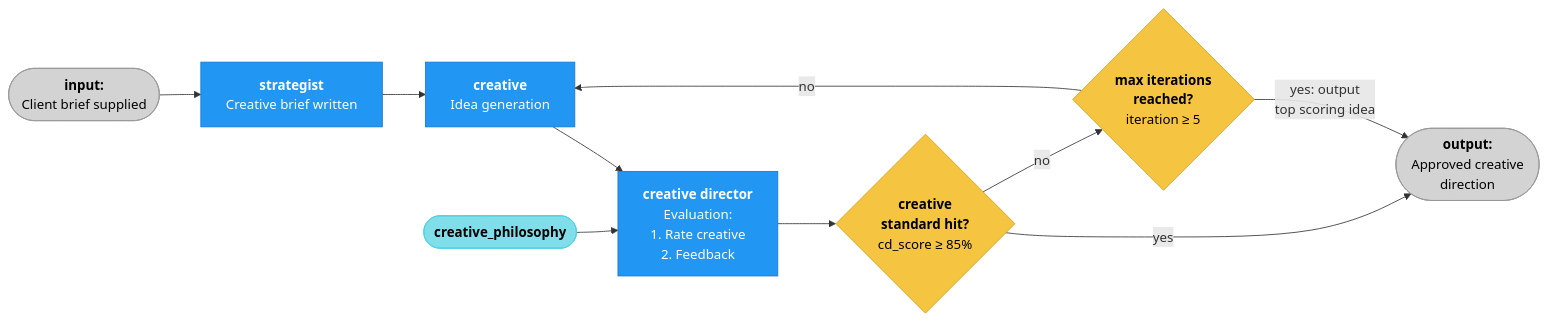
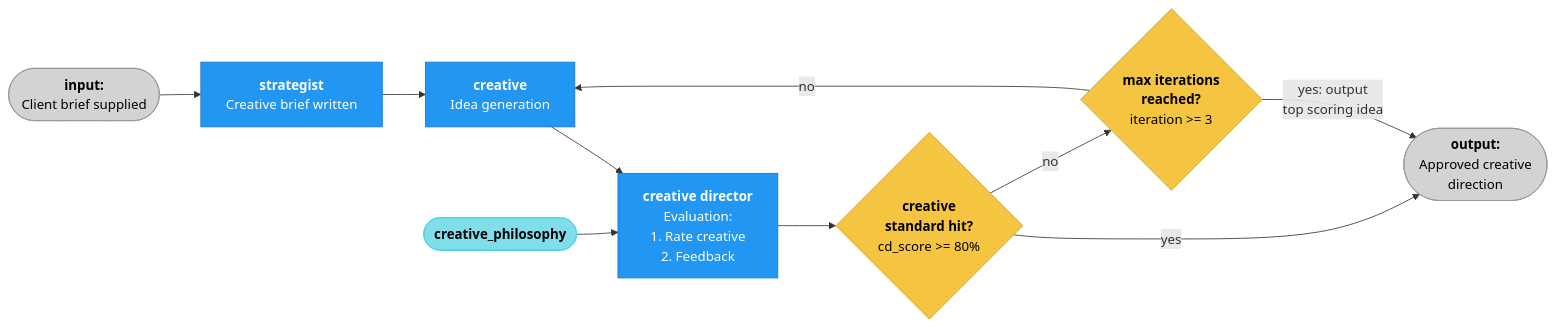
One commit to b3tascape/agt-sea changed the diagram in README.md. Above: the diagram before and after it, drawn with Mermaid. The commit also changed other lines of this file and 31 other files, not shown here.

````diff
--- a/README.md
+++ b/README.md
@@ -19,38 +17,38 @@
 ```mermaid
 graph LR
     A(["`**input:**
     Client brief supplied`"]):::input --> B["`**strategist**
     Creative brief written`"]:::agent
 
     B --> C["`**creative**
     Idea generation`"]:::agent
 
     C --> D["`**creative director**
     Evaluation:
     1. Rate creative
     2. Feedback`"]:::agent
 
     CP(["`**creative_philosophy**`"]):::philosophy --> D
 
     D --> E{"`**creative
     standard hit?**
-    cd_score ≥ 85%`"}:::decision
+    cd_score >= 80%`"}:::decision
 
     E -->|yes| G(["`**output:**
     Approved creative
     direction`"]):::output
 
     E -->|no| F{"`**max iterations
     reached?**
-    iteration ≥ 5`"}:::decision
+    iteration >= 3`"}:::decision
 
     F -->|no| C
     F -->|"`yes: output
     top scoring idea`"| G
 
     classDef input fill:#d3d3d3,color:#000,stroke:#999
     classDef agent fill:#2196F3,color:#fff,stroke:#1976D2
     classDef decision fill:#F5C542,color:#000,stroke:#D4A017
     classDef output fill:#d3d3d3,color:#000,stroke:#999
     classDef philosophy fill:#80deea,color:#000,stroke:#4dd0e1
 ```
````
